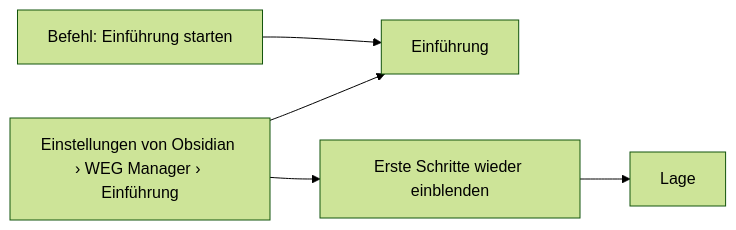
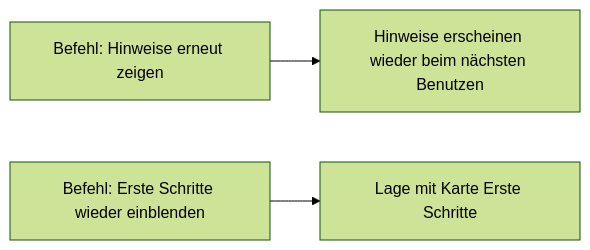
One commit to Luis85/weg-manager changed the third of 3 diagrams in docs/design/user-flows/FLOW-09 - Erststart, Einrichtung und Einführung.md. Above: the diagram before and after it, drawn with Mermaid (forest theme). The commit also changed other lines of this file and 35 other files, not shown here.

````diff
--- a/docs/design/user-flows/FLOW-09 - Erststart, Einrichtung und Einführung.md
+++ b/docs/design/user-flows/FLOW-09 - Erststart, Einrichtung und Einführung.md
@@ -73,6 +71,5 @@
 ```mermaid
 flowchart LR
-  A[Befehl: Einführung starten] --> T[Einführung]
-  B[Einstellungen von Obsidian › WEG Manager › Einführung] --> T
-  B --> C[Erste Schritte wieder einblenden] --> L[Lage]
+  A[Befehl: Hinweise erneut zeigen] --> T[Hinweise erscheinen wieder beim nächsten Benutzen]
+  B[Befehl: Erste Schritte wieder einblenden] --> L[Lage mit Karte Erste Schritte]
 ```
````
